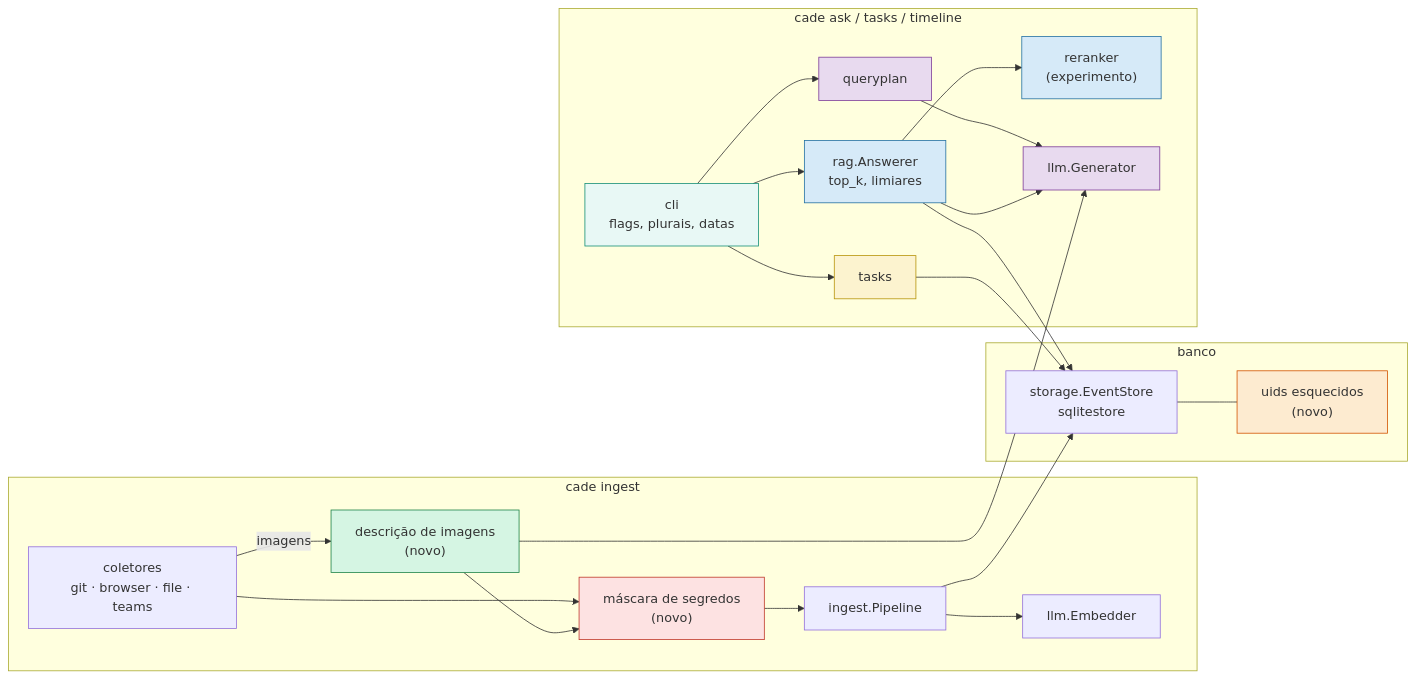
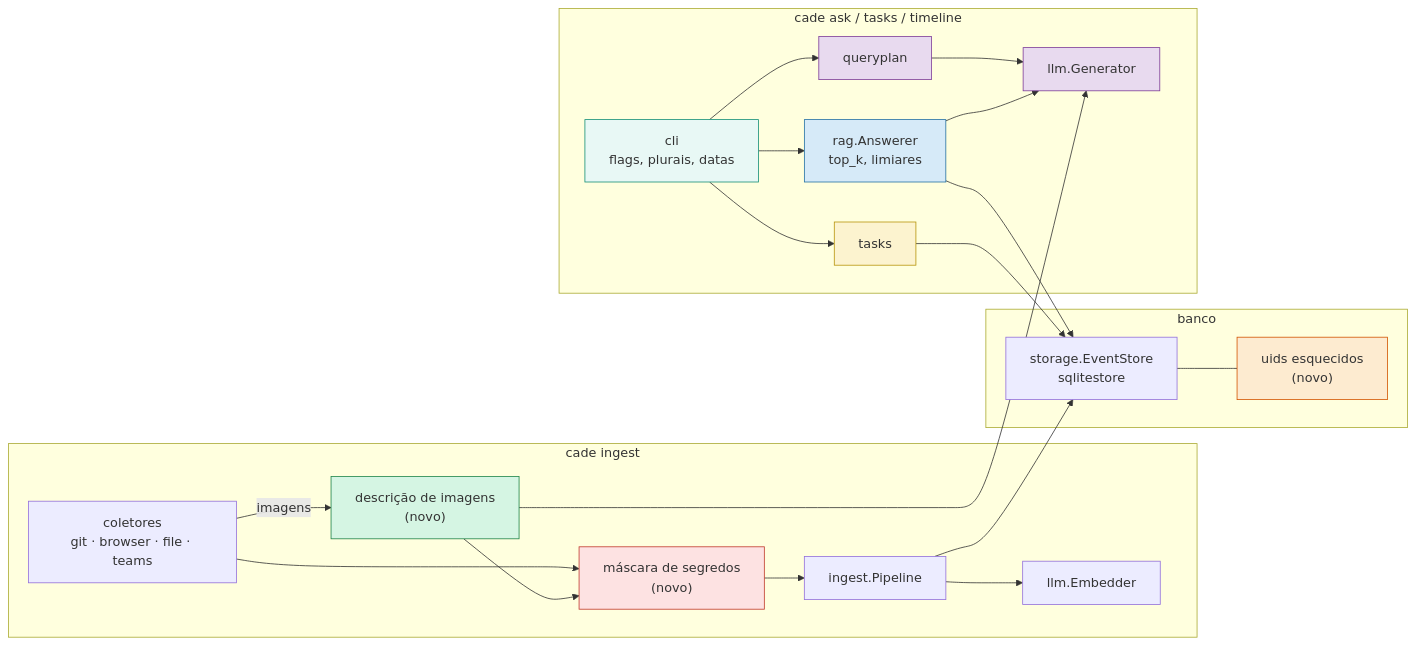
One commit to Chipskein/cade changed the first of 2 diagrams in docs/ROADMAP.md. Above: the diagram before and after it, drawn with Mermaid. The commit also changed other lines of this file and 34 other files, not shown here.

````diff
--- a/docs/ROADMAP.md
+++ b/docs/ROADMAP.md
@@ -49,52 +49,50 @@
 ```mermaid
 flowchart LR
     subgraph ingestao["cade ingest"]
         collectors["coletores<br/>git · browser · file · teams"]
         redact["máscara de segredos<br/>(novo)"]
         captioner["descrição de imagens<br/>(novo)"]
         pipeline["ingest.Pipeline"]
         embedder["llm.Embedder"]
     end
 
     subgraph banco["banco"]
         store["storage.EventStore<br/>sqlitestore"]
         forgotten["uids esquecidos<br/>(novo)"]
     end
 
     subgraph consulta["cade ask / tasks / timeline"]
         cli["cli<br/>flags, plurais, datas"]
         planner["queryplan"]
         answerer["rag.Answerer<br/>top_k, limiares"]
-        reranker["reranker<br/>(experimento)"]
         tasks["tasks"]
         generator["llm.Generator"]
     end
 
     collectors --> redact --> pipeline
     collectors -->|imagens| captioner --> redact
     pipeline --> embedder
     pipeline --> store
     store --- forgotten
     cli --> planner --> generator
     cli --> answerer --> store
-    answerer --> reranker
     answerer --> generator
     cli --> tasks --> store
     captioner --> generator
 
     classDef f13 fill:#fde2e2,stroke:#c0392b
     classDef f14 fill:#fdebd0,stroke:#d35400
     classDef f15 fill:#fcf3cf,stroke:#b7950b
     classDef f16 fill:#e8f8f5,stroke:#148f77
     classDef f17 fill:#d6eaf8,stroke:#2471a3
     classDef f18 fill:#e8daef,stroke:#7d3c98
     classDef f19 fill:#d5f5e3,stroke:#1e8449
 
     class redact f13
     class forgotten f14
     class tasks f15
     class cli f16
-    class answerer,reranker f17
+    class answerer f17
     class generator,planner f18
     class captioner f19
 ```
````
